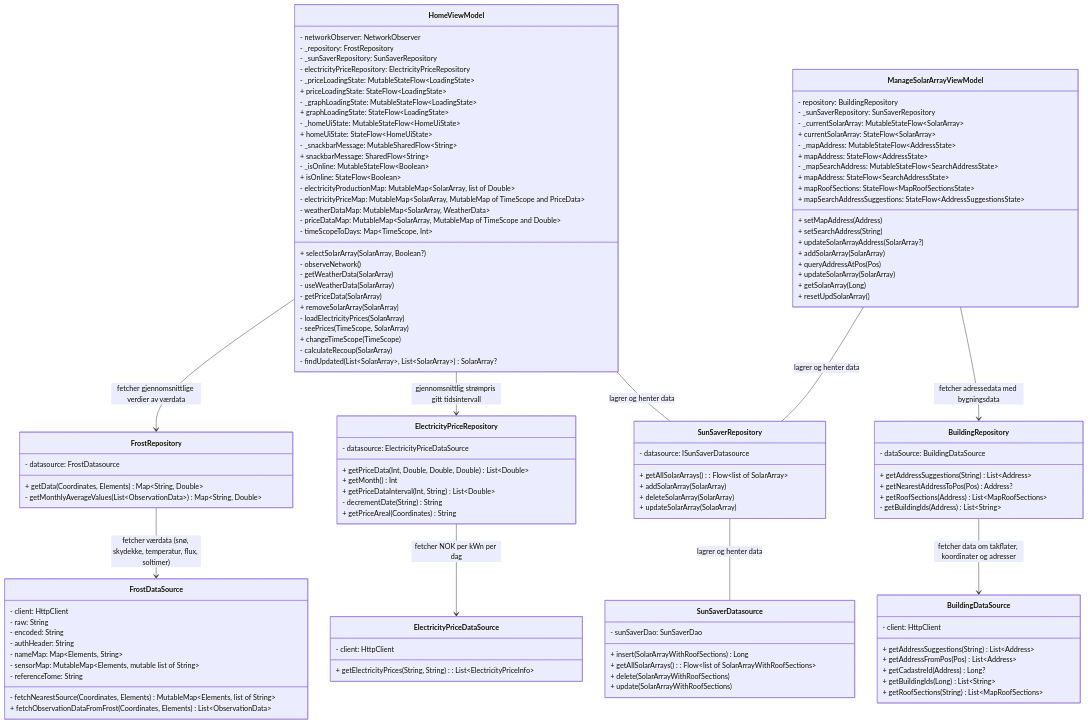
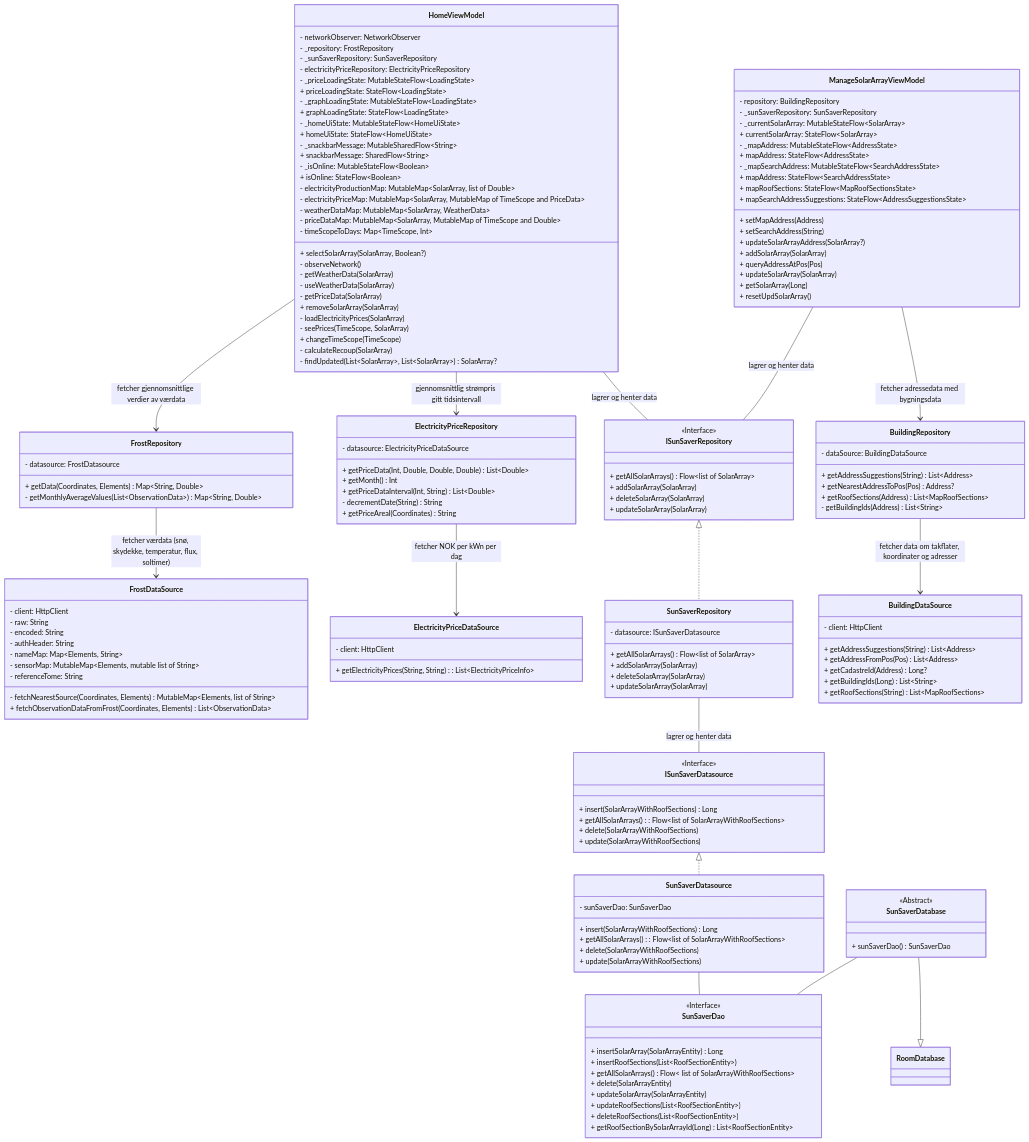
One commit to pragathiGopal25/SunSaver changed the first of 3 diagrams in MODELING.md. Above: the diagram before and after it, drawn with Mermaid. The commit also changed other lines of this file, not shown here.

Commit message:
Added sunsaver-db to class diagram

````diff
--- a/MODELING.md
+++ b/MODELING.md
@@ -126,7 +126,7 @@
     %% SunSaver
     class SunSaverRepository {
         - datasource: ISunSaverDatasource
-        + getAllSolarArrays(): Flow~list of SolarArray~
+        + getAllSolarArrays() Flow~list of SolarArray~
         + addSolarArray(SolarArray)
         + deleteSolarArray(SolarArray)
         + updateSolarArray(SolarArray)
@@ -139,9 +139,51 @@
         + update(SolarArrayWithRoofSections)
     }
     
-    SunSaverRepository -- SunSaverDatasource: lagrer og henter data
-    ManageSolarArrayViewModel -- SunSaverRepository: lagrer og henter data
-    HomeViewModel -- SunSaverRepository: lagrer og henter data
+    class SunSaverDatabase {
+        <<Abstract>>
+        + sunSaverDao() SunSaverDao
+    }
+
+    class SunSaverDao {
+        <<Interface>>
+        + insertSolarArray(SolarArrayEntity) Long
+        + insertRoofSections(List~RoofSectionEntity~)
+        + getAllSolarArrays() Flow~ list of SolarArrayWithRoofSections~
+        + delete(SolarArrayEntity)
+        + updateSolarArray(SolarArrayEntity)
+        + updateRoofSections(List~RoofSectionEntity~)
+        + deleteRoofSections(List~RoofSectionEntity~)
+        + getRoofSectionBySolarArrayId(Long) List~RoofSectionEntity~
+    }
+
+    class RoomDatabase {
+    }
+
+    SunSaverDatabase --|> RoomDatabase
+    SunSaverDatabase -- SunSaverDao
+    SunSaverDatasource -- SunSaverDao
+    SunSaverRepository -- ISunSaverDatasource: lagrer og henter data
+    ManageSolarArrayViewModel -- ISunSaverRepository: lagrer og henter data
+    HomeViewModel -- ISunSaverRepository: lagrer og henter data
+
+    class ISunSaverRepository {
+        <<Interface>>
+        + getAllSolarArrays() Flow~list of SolarArray~
+        + addSolarArray(SolarArray)
+        + deleteSolarArray(SolarArray)
+        + updateSolarArray(SolarArray)
+    }
+    ISunSaverRepository <|.. SunSaverRepository
+
+    class ISunSaverDatasource {
+        <<Interface>>
+        + insert(SolarArrayWithRoofSections) Long
+        + getAllSolarArrays(): Flow~list of SolarArrayWithRoofSections~
+        + delete(SolarArrayWithRoofSections)
+        + update(SolarArrayWithRoofSections)
+    }
+    ISunSaverDatasource <|.. SunSaverDatasource
+
    
 
     %% Building 
@@ -166,9 +208,4 @@
 
     %% should also include database's implementation somehow 
     %% probably just include abstract class sunSaverDatabase with its entities and dao
-
-    
-
-
-
 ```
````
